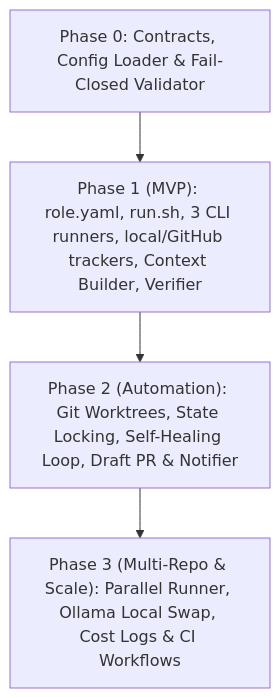
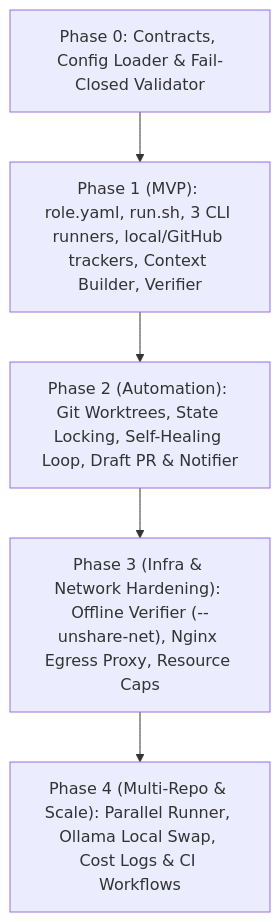
Before and after one commit to islam-kamel/software_factory: the diagram in docs/implementation_plan.md, drawn with Mermaid. The commit also changed other lines of this file and 4 other files, not shown here.

````diff
--- a/docs/implementation_plan.md
+++ b/docs/implementation_plan.md
@@ -23,9 +23,10 @@
 ```mermaid
 flowchart TB
     P0["Phase 0: Contracts, Config Loader & Fail-Closed Validator"]
     P1["Phase 1 (MVP): role.yaml, run.sh, 3 CLI runners, local/GitHub trackers, Context Builder, Verifier"]
     P2["Phase 2 (Automation): Git Worktrees, State Locking, Self-Healing Loop, Draft PR & Notifier"]
-    P3["Phase 3 (Multi-Repo & Scale): Parallel Runner, Ollama Local Swap, Cost Logs & CI Workflows"]
+    P3["Phase 3 (Infra & Network Hardening): Offline Verifier (--unshare-net), Nginx Egress Proxy, Resource Caps"]
+    P4["Phase 4 (Multi-Repo & Scale): Parallel Runner, Ollama Local Swap, Cost Logs & CI Workflows"]
 
-    P0 --> P1 --> P2 --> P3
+    P0 --> P1 --> P2 --> P3 --> P4
 ```
````
